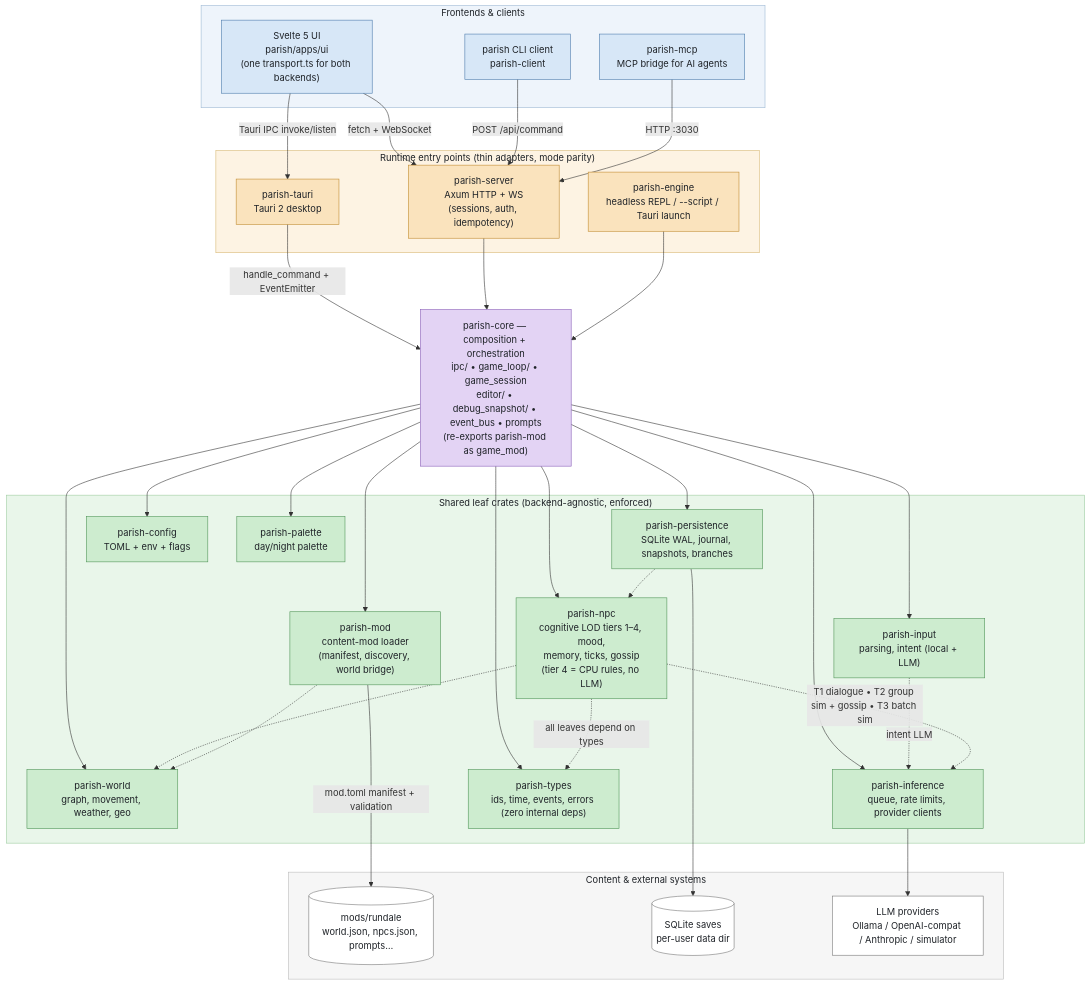
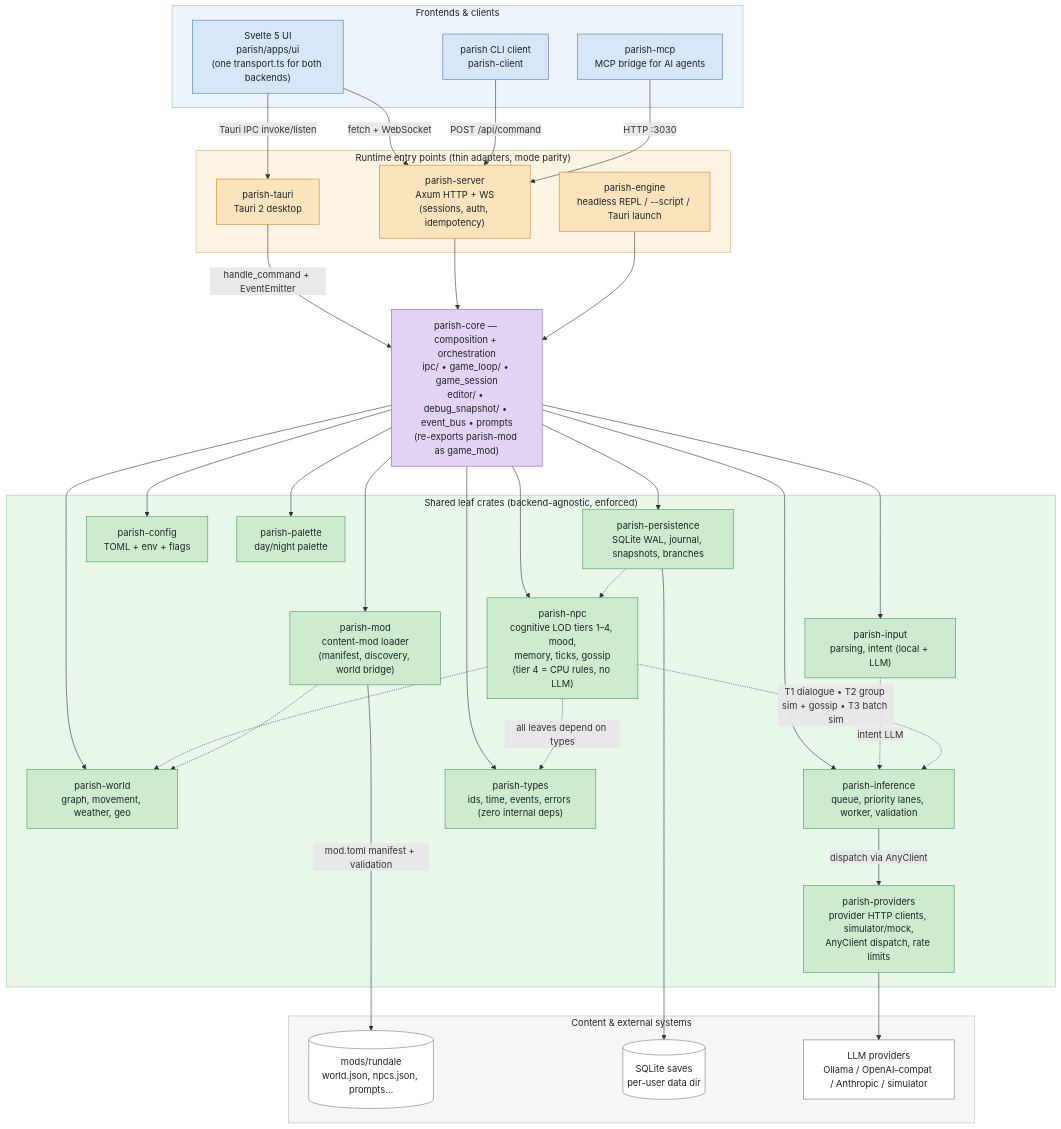
The second of 2 diagrams in README.md (dmooney/Rundale), drawn with Mermaid before and after one commit. The commit also changed other lines of this file and 28 other files, not shown here.

First line of the commit message:
refactor(inference): extract provider clients into parish-providers crate (#1392)

````diff
--- a/README.md
+++ b/README.md
@@ -286,70 +286,72 @@
 ```mermaid
 flowchart TB
     subgraph clients["Frontends & clients"]
         UI["Svelte 5 UI<br/>parish/apps/ui<br/>(one transport.ts for both backends)"]
         CLI["parish CLI client<br/>parish-client"]
         MCP["parish-mcp<br/>MCP bridge for AI agents"]
     end
 
     subgraph entry["Runtime entry points (thin adapters, mode parity)"]
         TAURI["parish-tauri<br/>Tauri 2 desktop"]
         SERVER["parish-server<br/>Axum HTTP + WS<br/>(sessions, auth, idempotency)"]
         ENGINE["parish-engine<br/>headless REPL / --script / Tauri launch"]
     end
 
     CORE["parish-core — composition + orchestration<br/>ipc/ • game_loop/ • game_session<br/>editor/ • debug_snapshot/ • event_bus • prompts<br/>(re-exports parish-mod as game_mod)"]
 
     subgraph leaf["Shared leaf crates (backend-agnostic, enforced)"]
         WORLD["parish-world<br/>graph, movement, weather, geo"]
         NPC["parish-npc<br/>cognitive LOD tiers 1–4, mood,<br/>memory, ticks, gossip<br/>(tier 4 = CPU rules, no LLM)"]
         INPUT["parish-input<br/>parsing, intent (local + LLM)"]
-        INFER["parish-inference<br/>queue, rate limits, provider clients"]
+        INFER["parish-inference<br/>queue, priority lanes, worker, validation"]
+        PROVIDERS["parish-providers<br/>provider HTTP clients, simulator/mock,<br/>AnyClient dispatch, rate limits"]
         PERSIST["parish-persistence<br/>SQLite WAL, journal, snapshots, branches"]
         CONFIG["parish-config<br/>TOML + env + flags"]
         PALETTE["parish-palette<br/>day/night palette"]
         MOD["parish-mod<br/>content-mod loader<br/>(manifest, discovery, world bridge)"]
         TYPES["parish-types<br/>ids, time, events, errors (zero internal deps)"]
     end
 
     subgraph external["Content & external systems"]
         MODS[("mods/rundale<br/>world.json, npcs.json, prompts…")]
         DB[("SQLite saves<br/>per-user data dir")]
         LLM["LLM providers<br/>Ollama / OpenAI-compat / Anthropic / simulator"]
     end
 
     UI -- "Tauri IPC invoke/listen" --> TAURI
     UI -- "fetch + WebSocket" --> SERVER
     CLI -- "POST /api/command" --> SERVER
     MCP -- "HTTP :3030" --> SERVER
 
     TAURI -- "handle_command + EventEmitter" --> CORE
     SERVER --> CORE
     ENGINE --> CORE
 
     CORE --> WORLD & NPC & INPUT & INFER & PERSIST & CONFIG & PALETTE & MOD & TYPES
     INPUT -. "intent LLM" .-> INFER
     NPC -. "T1 dialogue • T2 group sim + gossip • T3 batch sim" .-> INFER
     NPC -.-> WORLD
     PERSIST -.-> NPC
     MOD -.-> WORLD
     NPC -. "all leaves depend on types" .-> TYPES
 
     MOD -- "mod.toml manifest + validation" --> MODS
     PERSIST --> DB
-    INFER --> LLM
+    INFER -- "dispatch via AnyClient" --> PROVIDERS
+    PROVIDERS --> LLM
 
     classDef clientNode fill:#d7e7f7,stroke:#4a7aab,color:#1f2328
     classDef entryNode fill:#fae3bd,stroke:#c08a2e,color:#1f2328
     classDef coreNode fill:#e3d3f4,stroke:#8a5fb8,color:#1f2328
     classDef leafNode fill:#cdeccf,stroke:#4f9457,color:#1f2328
     classDef extNode fill:#ffffff,stroke:#777777,color:#1f2328
     class UI,CLI,MCP clientNode
     class TAURI,SERVER,ENGINE entryNode
     class CORE coreNode
-    class WORLD,NPC,INPUT,INFER,PERSIST,CONFIG,PALETTE,MOD,TYPES leafNode
+    class WORLD,NPC,INPUT,INFER,PROVIDERS,PERSIST,CONFIG,PALETTE,MOD,TYPES leafNode
     class MODS,DB,LLM extNode
     style clients fill:#eef4fb,stroke:#9db8d4,color:#1f2328
     style entry fill:#fdf3e3,stroke:#d8b873,color:#1f2328
     style leaf fill:#e9f6ea,stroke:#9ccca0,color:#1f2328
     style external fill:#f6f6f6,stroke:#bbbbbb,color:#1f2328
 ```
````
